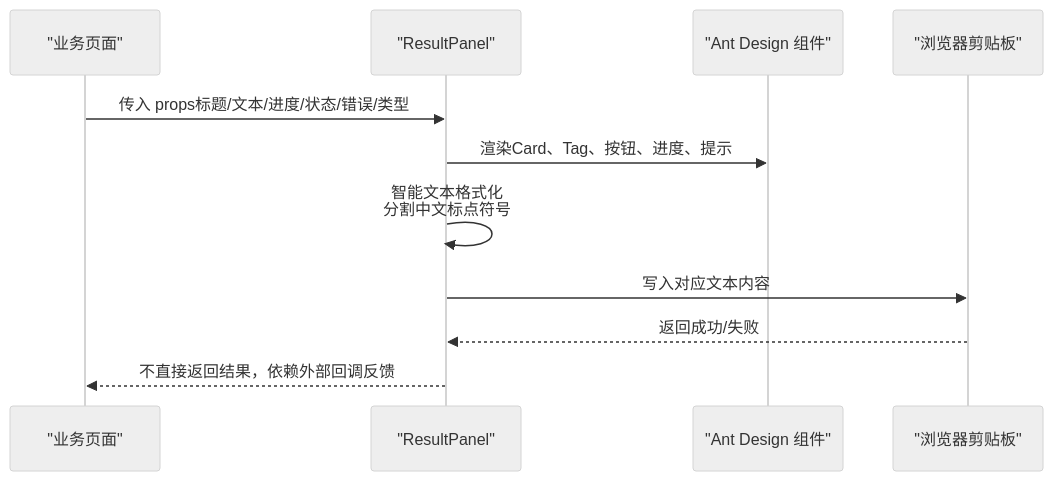
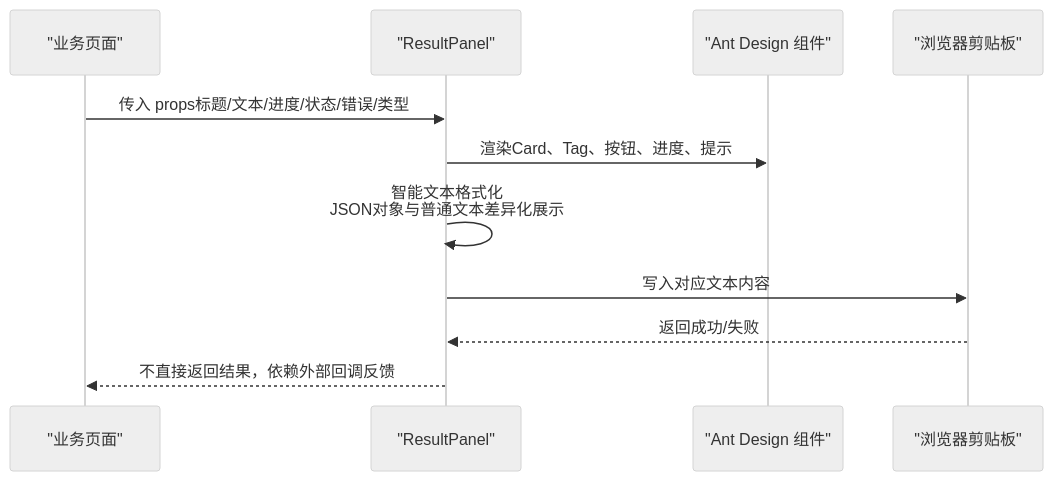
Before and after one commit to hanksd769-droid/sailshub: the second of 4 diagrams in .qoder/repowiki/zh/content/前端组件架构/UI 组件.md, drawn with Mermaid (neutral theme). The commit also changed other lines of this file and 4 other files, not shown here.

````diff
--- a/.qoder/repowiki/zh/content/前端组件架构/UI 组件.md
+++ b/.qoder/repowiki/zh/content/前端组件架构/UI 组件.md
@@ -116,13 +116,13 @@
 ```mermaid
 sequenceDiagram
 participant Page as "业务页面"
 participant Panel as "ResultPanel"
 participant AntD as "Ant Design 组件"
 participant Clipboard as "浏览器剪贴板"
 Page->>Panel : 传入 props标题/文本/进度/状态/错误/类型
 Panel->>AntD : 渲染Card、Tag、按钮、进度、提示
-Panel->>Panel : 智能文本格式化<br/>分割中文标点符号
+Panel->>Panel : 智能文本格式化<br/>JSON对象与普通文本差异化展示
 Panel->>Clipboard : 写入对应文本内容
 Clipboard-->>Panel : 返回成功/失败
 Panel-->>Page : 不直接返回结果，依赖外部回调反馈
 ```
````
